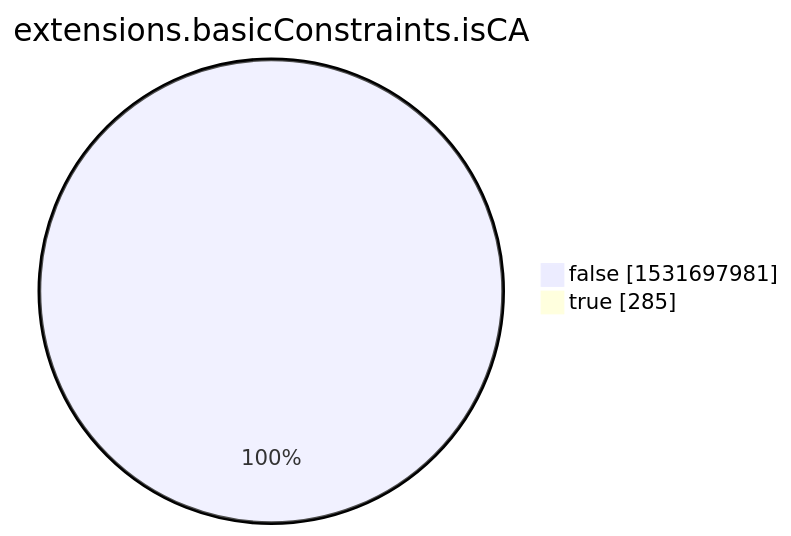
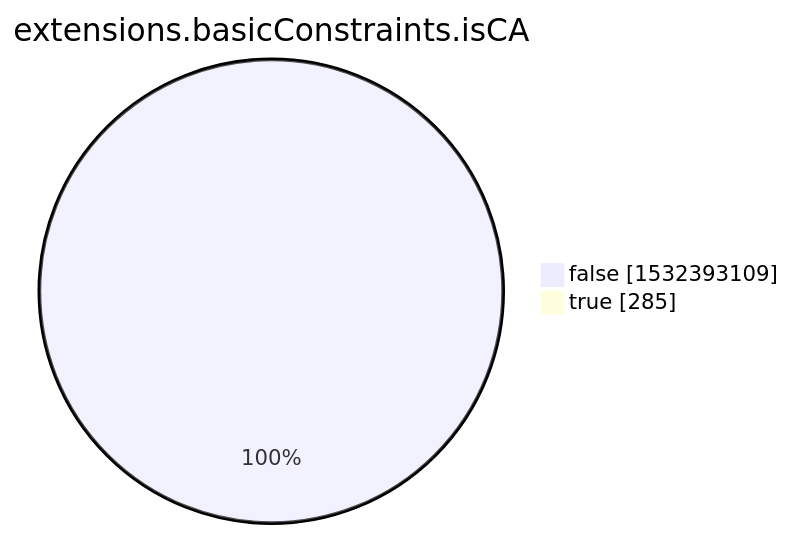
One commit to christiankrug/ctmonitor_visualization changed the eighth of 15 diagrams in xenon2022/README.md. Above: the diagram before and after it, drawn with Mermaid. The commit also changed other lines of this file, not shown here.

````diff
--- a/xenon2022/README.md
+++ b/xenon2022/README.md
@@ -2857,6 +2857,6 @@
 ```mermaid
 pie showData
 title extensions.basicConstraints.isCA
-"false" :1531697981
+"false" :1532393109
 "true" :285
 ```
````
